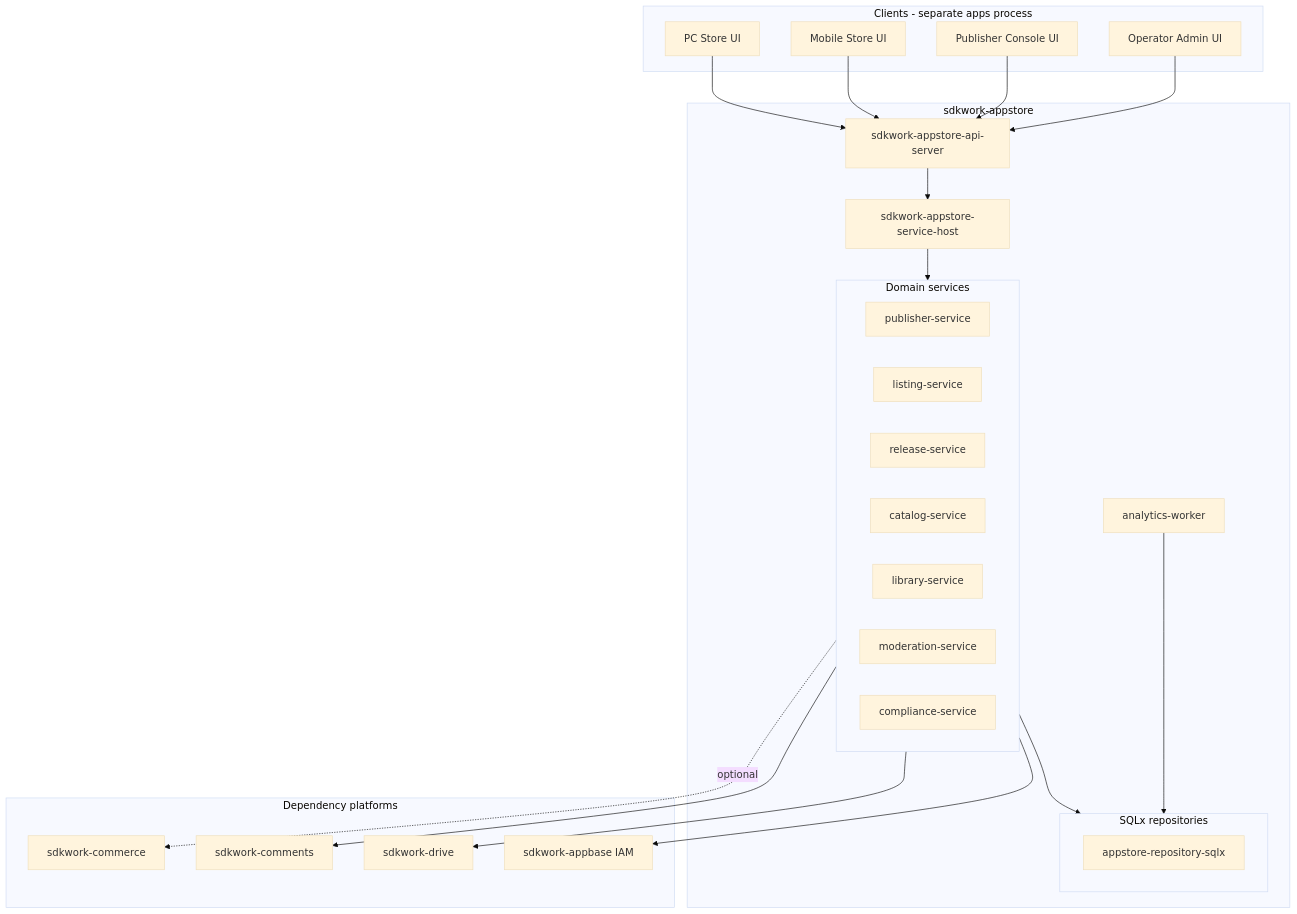
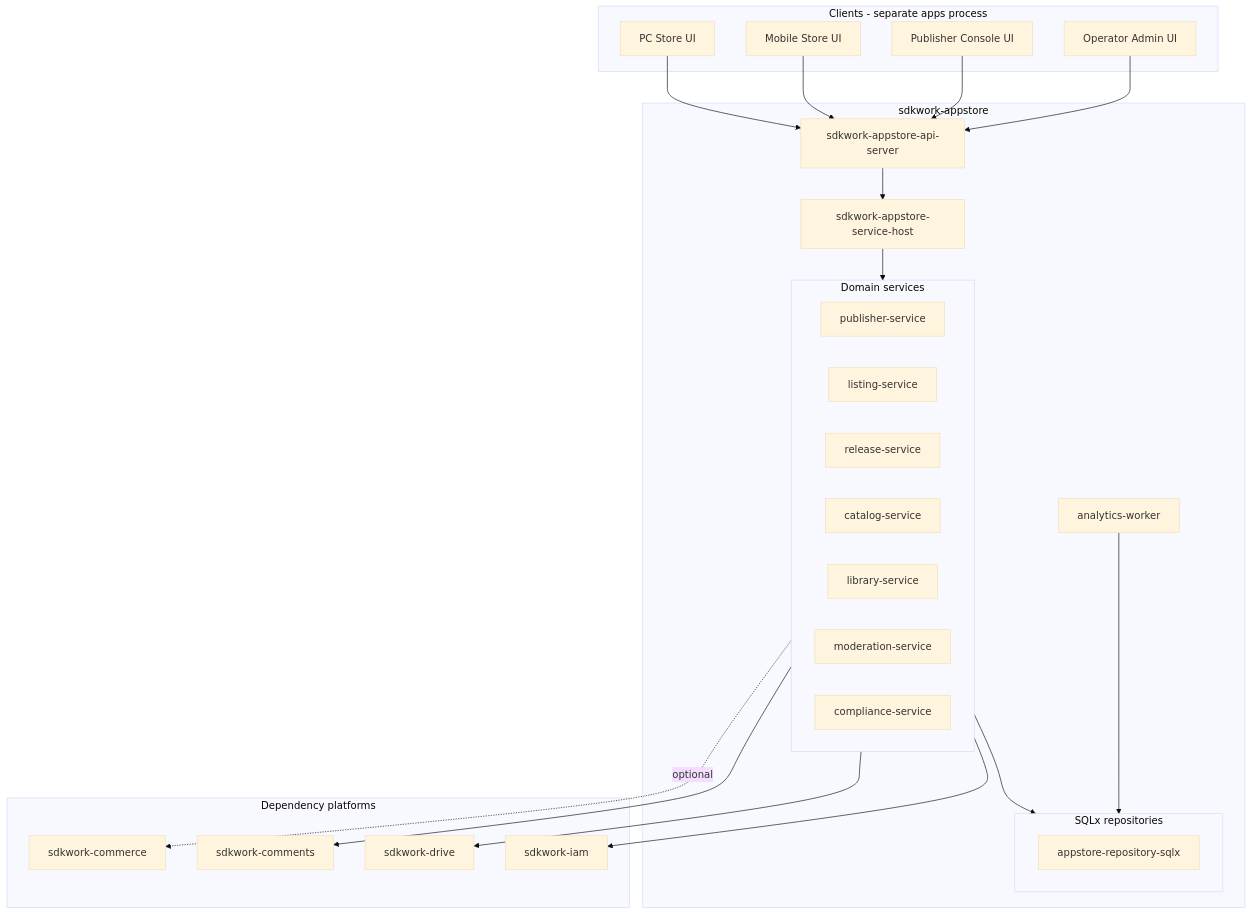
Before and after one commit to Sdkwork-Cloud/sdkwork-appstore: the diagram in docs/architecture/decisions/ADR-20260612-appstore-foundation.md, drawn with Mermaid (base theme). The commit also changed other lines of this file and 86 other files, not shown here.

````diff
--- a/docs/architecture/decisions/ADR-20260612-appstore-foundation.md
+++ b/docs/architecture/decisions/ADR-20260612-appstore-foundation.md
@@ -48,47 +48,47 @@
 ```mermaid
 flowchart TB
   subgraph clients [Clients - separate apps process]
     PC[PC Store UI]
     Mobile[Mobile Store UI]
     Console[Publisher Console UI]
     Admin[Operator Admin UI]
   end
 
   subgraph appstore [sdkwork-appstore]
     GW[sdkwork-appstore-api-server]
     SH[sdkwork-appstore-service-host]
     subgraph services [Domain services]
       PS[publisher-service]
       LS[listing-service]
       RS[release-service]
       CS[catalog-service]
       LIB[library-service]
       MS[moderation-service]
       CPS[compliance-service]
     end
     subgraph repos [SQLx repositories]
       R1[appstore-repository-sqlx]
     end
     AW[analytics-worker]
   end
 
   subgraph deps [Dependency platforms]
-    IAM[sdkwork-appbase IAM]
+    IAM[sdkwork-iam]
     DRV[sdkwork-drive]
     CMT[sdkwork-comments]
     CMRC[sdkwork-commerce]
   end
 
   PC --> GW
   Mobile --> GW
   Console --> GW
   Admin --> GW
   GW --> SH
   SH --> services
   services --> repos
   AW --> repos
   services --> IAM
   services --> DRV
   services --> CMT
   services -. optional .-> CMRC
 ```
````
